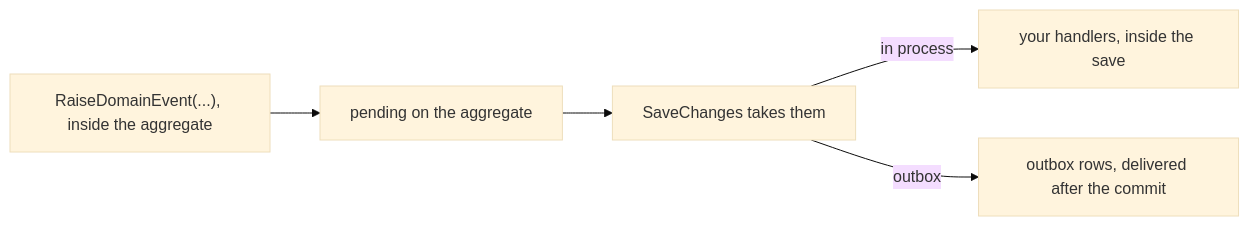
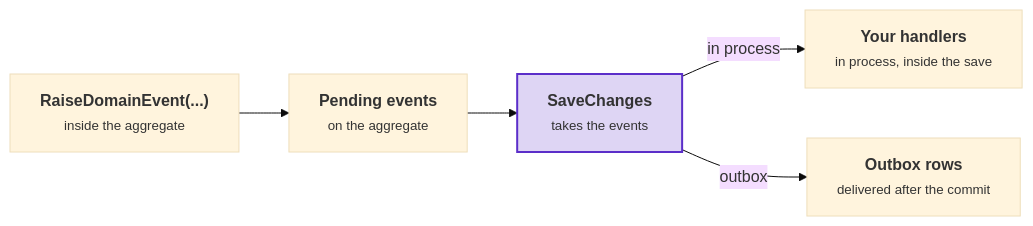
Before and after one commit to DylanSnel/DDDToolkit: the diagram in docs/domain-events.md, drawn with Mermaid (base theme). The commit also changed other lines of this file and 41 other files, not shown here.

First line of the commit message:
Docs: plain prose, one word per concept, and readable diagrams on every page

````diff
--- a/docs/domain-events.md
+++ b/docs/domain-events.md
@@ -101,7 +96,14 @@
 ```mermaid
 flowchart LR
-    Raise["RaiseDomainEvent(...), inside the aggregate"] --> Pending["pending on the aggregate"]
-    Pending --> Save["SaveChanges takes them"]
-    Save -->|"in process"| Handlers["your handlers, inside the save"]
-    Save -->|"outbox"| Rows["outbox rows, delivered after the commit"]
+    raise["<b>RaiseDomainEvent(...)</b><br/><small>inside the aggregate</small>"]
+    pending["<b>Pending events</b><br/><small>on the aggregate</small>"]
+    save["<b>SaveChanges</b><br/><small>takes the events</small>"]
+    handlers["<b>Your handlers</b><br/><small>in process, inside the save</small>"]
+    rows["<b>Outbox rows</b><br/><small>delivered after the commit</small>"]
+    raise --> pending
+    pending --> save
+    save -->|"in process"| handlers
+    save -->|"outbox"| rows
+    classDef strong fill:#5b2ec933,stroke:#5b2ec9,stroke-width:2px
+    class save strong
 ```
````
